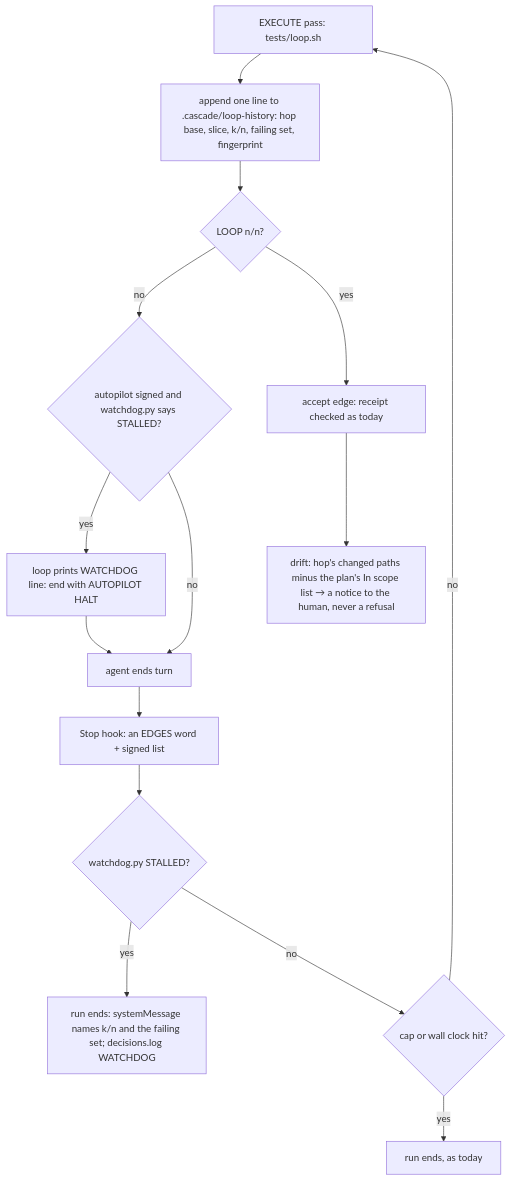
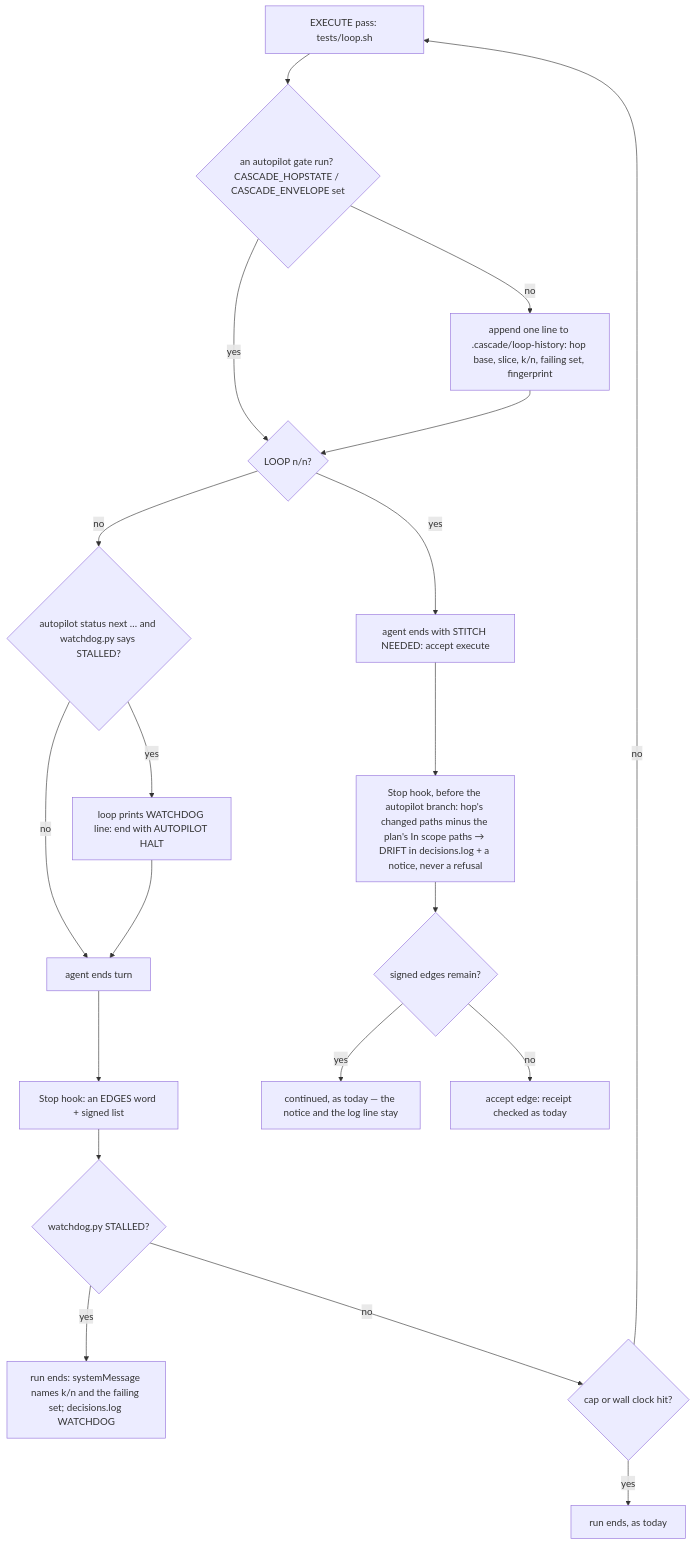
One commit to kadaluarsa/barbaric-driven-development changed the second of 2 diagrams in docs/cascade/05b-t84-progress-watchdog.md. Above: the diagram before and after it, drawn with Mermaid. The commit also changed other lines of this file and 1 other file, not shown here.

````diff
--- a/docs/cascade/05b-t84-progress-watchdog.md
+++ b/docs/cascade/05b-t84-progress-watchdog.md
@@ -55,17 +56,22 @@
 ```mermaid
 flowchart TD
-  P[EXECUTE pass: tests/loop.sh] --> W[append one line to .cascade/loop-history: hop base, slice, k/n, failing set, fingerprint]
+  P[EXECUTE pass: tests/loop.sh] --> G{an autopilot gate run? CASCADE_HOPSTATE / CASCADE_ENVELOPE set}
+  G -->|no| W[append one line to .cascade/loop-history: hop base, slice, k/n, failing set, fingerprint]
+  G -->|yes| R
   W --> R{LOOP n/n?}
-  R -->|no| Q{autopilot signed and watchdog.py says STALLED?}
+  R -->|no| Q{autopilot status next … and watchdog.py says STALLED?}
   Q -->|yes| L[loop prints WATCHDOG line: end with AUTOPILOT HALT]
   Q -->|no| B[agent ends turn]
   L --> B
   B --> S[Stop hook: an EDGES word + signed list]
   S --> X{watchdog.py STALLED?}
   X -->|yes| H1[run ends: systemMessage names k/n and the failing set; decisions.log WATCHDOG]
   X -->|no| C{cap or wall clock hit?}
   C -->|no| P
   C -->|yes| H2[run ends, as today]
-  R -->|yes| A[accept edge: receipt checked as today]
-  A --> D[drift: hop's changed paths minus the plan's In scope list → a notice to the human, never a refusal]
+  R -->|yes| E[agent ends with STITCH NEEDED: accept execute]
+  E --> D[Stop hook, before the autopilot branch: hop's changed paths minus the plan's In scope paths → DRIFT in decisions.log + a notice, never a refusal]
+  D --> S2{signed edges remain?}
+  S2 -->|yes| N[continued, as today — the notice and the log line stay]
+  S2 -->|no| A[accept edge: receipt checked as today]
 ```
````
